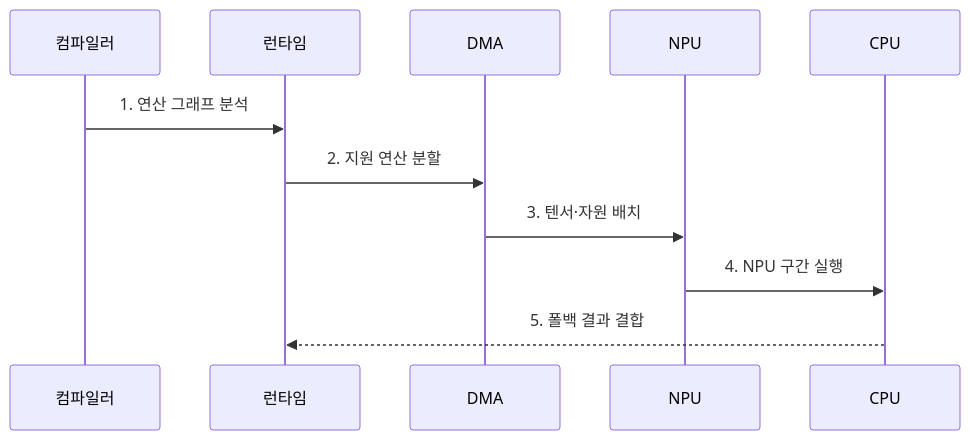
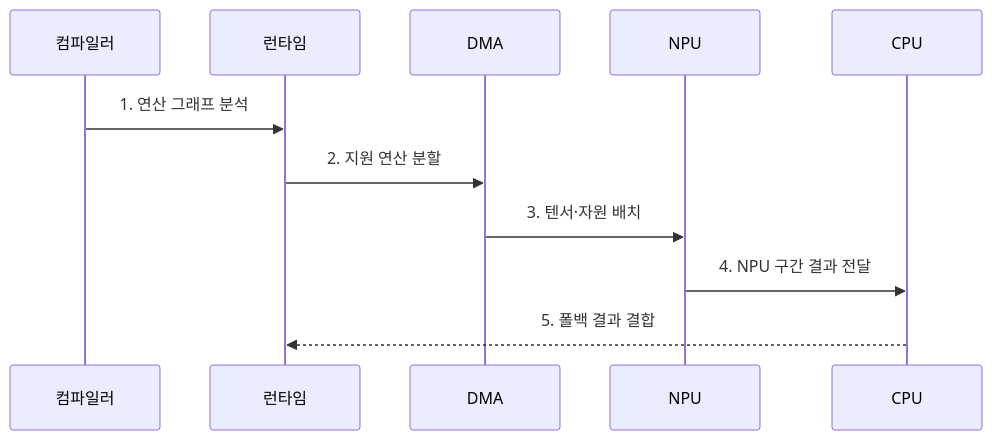
Before and after one commit to agnusdei1207/knowledge-base: the second of 2 diagrams in src/content/docs/notes/08-latest-tech/052_neural_processing_unit.md, drawn with Mermaid. The commit also changed other lines of this file and 225 other files, not shown here.

````diff
--- a/src/content/docs/notes/08-latest-tech/052_neural_processing_unit.md
+++ b/src/content/docs/notes/08-latest-tech/052_neural_processing_unit.md
@@ -89,13 +90,13 @@
 ```mermaid
 sequenceDiagram
     participant C as 컴파일러
     participant R as 런타임
     participant D as DMA
     participant N as NPU
     participant P as CPU
     C->>R: 1. 연산 그래프 분석
     R->>D: 2. 지원 연산 분할
     D->>N: 3. 텐서·자원 배치
-    N->>P: 4. NPU 구간 실행
+    N->>P: 4. NPU 구간 결과 전달
     P-->>R: 5. 폴백 결과 결합
 ```
````
